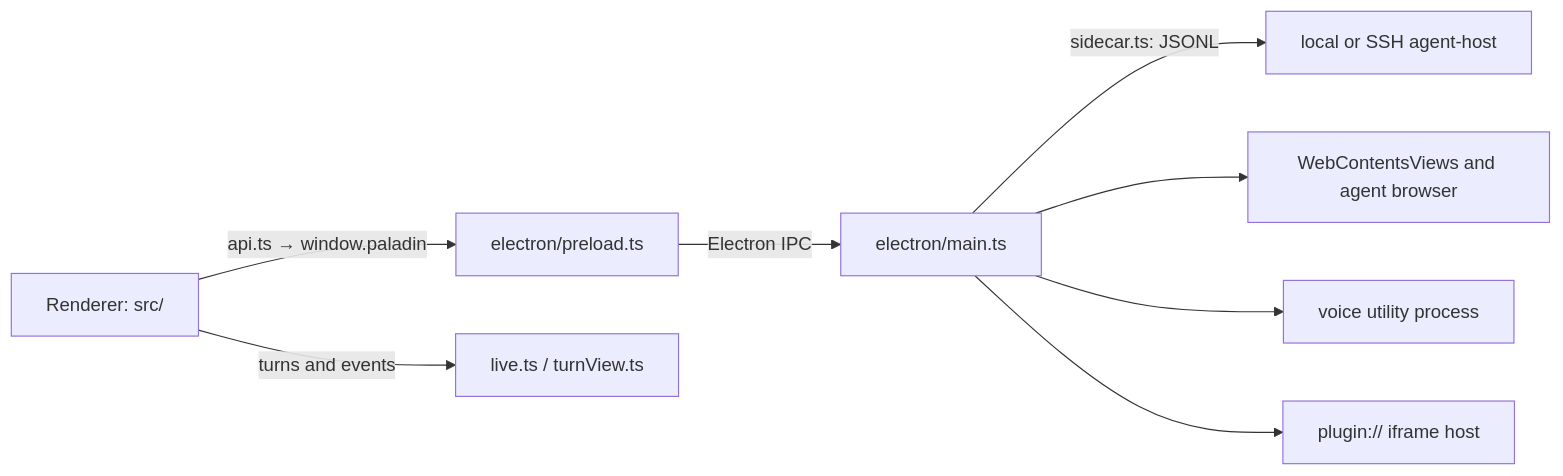
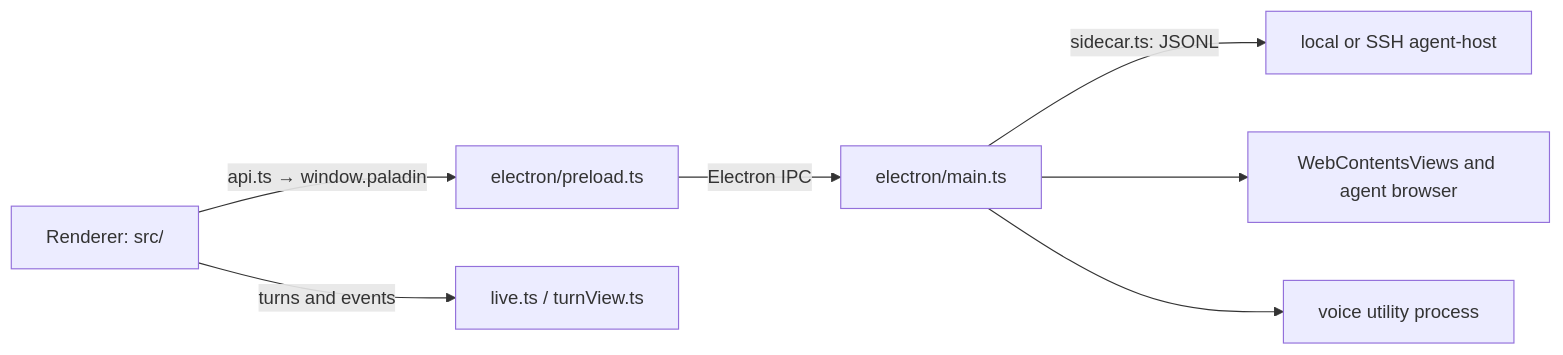
Before and after one commit to Ady-JK/paladin: the diagram in desktop-app/README.md, drawn with Mermaid. The commit also changed other lines of this file and 123 other files, not shown here.

````diff
--- a/desktop-app/README.md
+++ b/desktop-app/README.md
@@ -7,10 +7,9 @@
 ```mermaid
 flowchart LR
   UI["Renderer: src/"] -->|"api.ts → window.paladin"| Preload["electron/preload.ts"]
   Preload -->|"Electron IPC"| Main["electron/main.ts"]
   Main -->|"sidecar.ts: JSONL"| Host["local or SSH agent-host"]
   Main --> Browser["WebContentsViews and agent browser"]
   Main --> Voice["voice utility process"]
-  Main --> Plugin["plugin:// iframe host"]
   UI -->|"turns and events"| Chat["live.ts / turnView.ts"]
 ```
````
